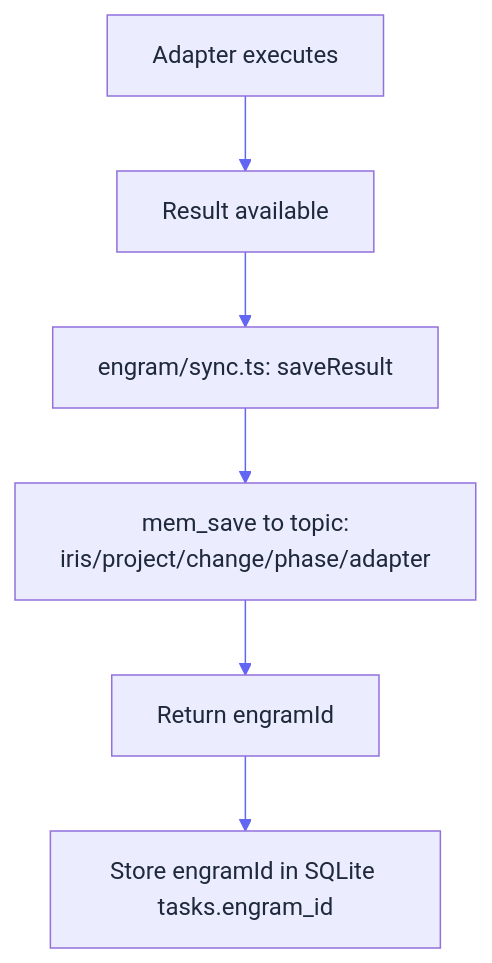
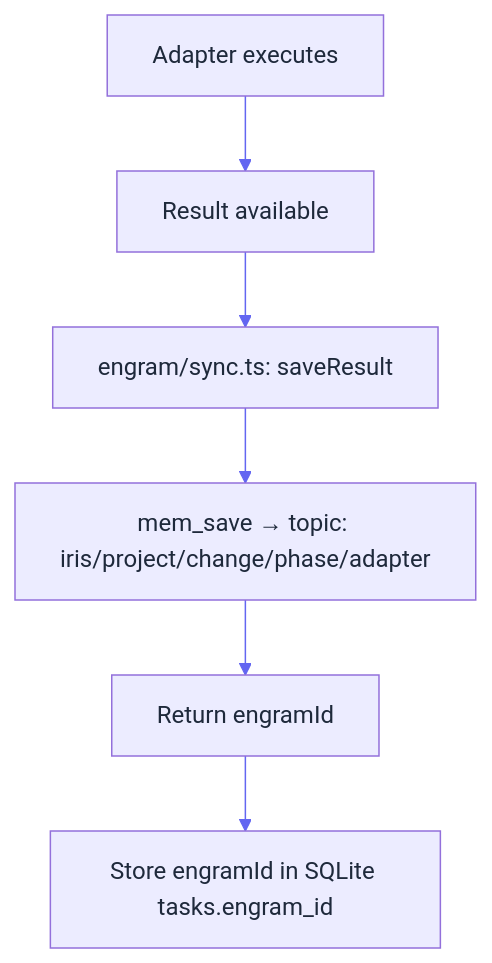
The eighth of 9 diagrams in ARCHITECTURE.md (Geraldow/iris), drawn with Mermaid before and after one commit. The commit also changed other lines of this file and 1 other file, not shown here.

Commit message:
docs: update ARCHITECTURE and PRD to reflect Odoo orchestration and excalidraw integration

````diff
--- a/ARCHITECTURE.md
+++ b/ARCHITECTURE.md
@@ -122,9 +268,9 @@
 ```mermaid
-%%{init: {'theme': 'default', 'themeVariables': {'primaryColor': '#dbeafe', 'primaryTextColor': '#1e293b', 'primaryBorderColor': '#3b82f6', 'lineColor': '#6366f1', 'secondaryColor': '#f0fdf4', 'secondaryTextColor': '#1e293b', 'secondaryBorderColor': '#22c55e', 'tertiaryColor': '#fef3c7', 'tertiaryTextColor': '#1e293b', 'textColor': '#1e293b', 'clusterBkg': '#eff6ff', 'clusterBorder': '#3b82f6'}}}%%
+%%{init: {'theme': 'default', 'themeVariables': {'primaryColor': '#dbeafe', 'primaryTextColor': '#1e293b', 'primaryBorderColor': '#3b82f6', 'lineColor': '#6366f1', 'textColor': '#1e293b', 'clusterBkg': '#eff6ff', 'clusterBorder': '#3b82f6'}}}%%
 flowchart TD
     Exec[Adapter executes] --> Res[Result available]
     Res --> Sync[engram/sync.ts: saveResult]
-    Sync --> MemSave[mem_save to topic:<br/>iris/project/change/phase/adapter]
+    Sync --> MemSave[mem_save → topic: iris/project/change/phase/adapter]
     MemSave --> ReturnId[Return engramId]
     ReturnId --> Store[Store engramId in SQLite tasks.engram_id]
 ```
````
